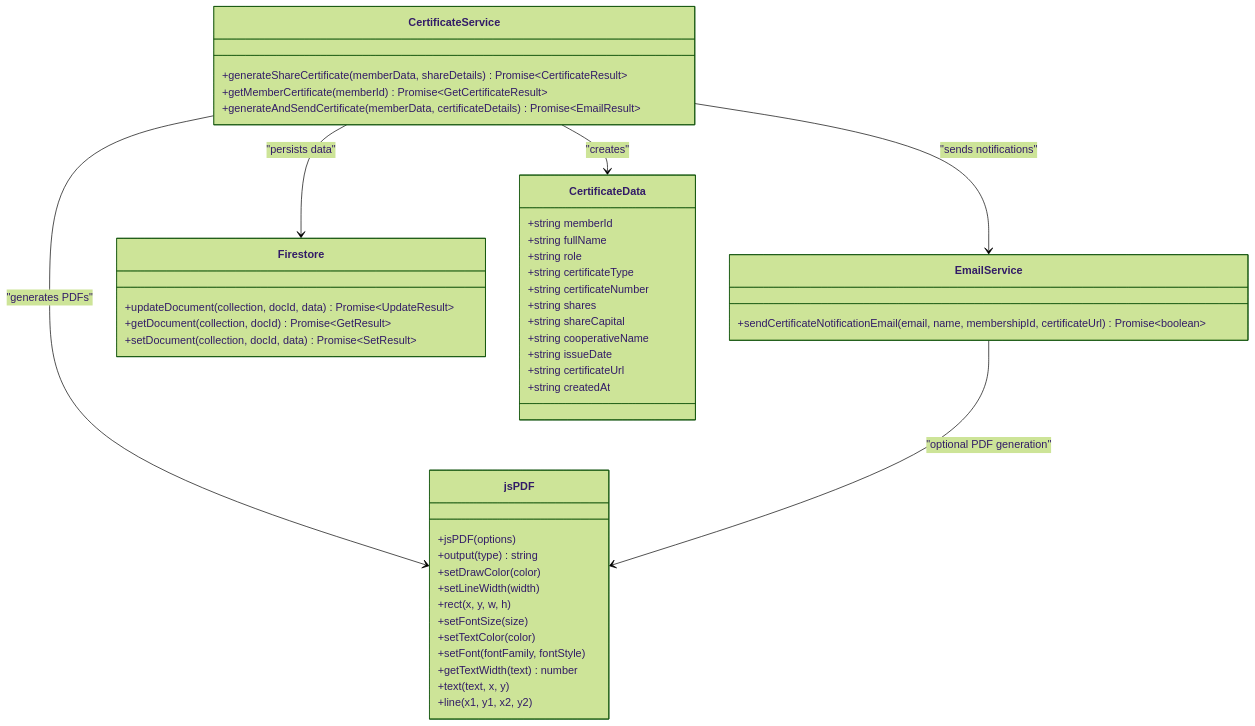
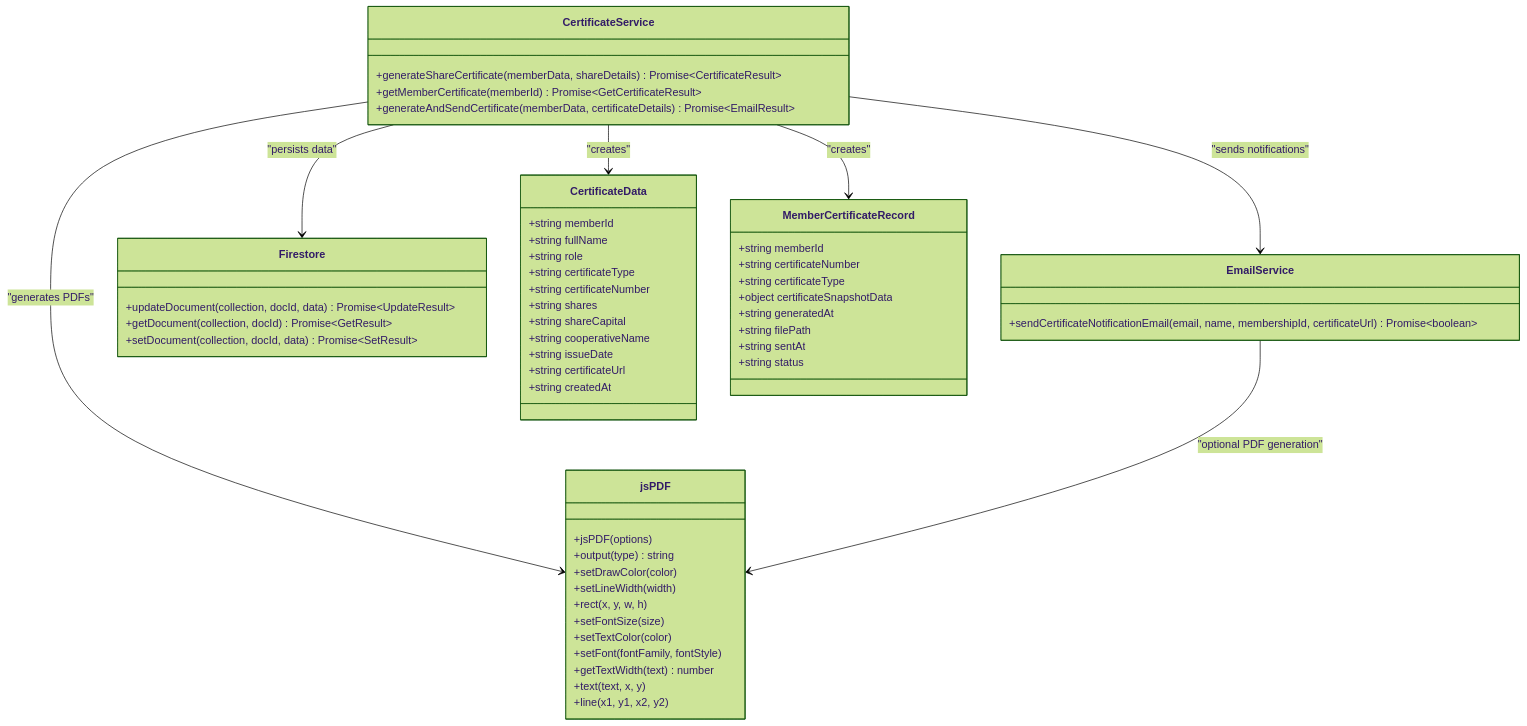
Before and after one commit to Unsure-bry/sampacoop_system: the fourth of 8 diagrams in .qoder/repowiki/en/content/API Endpoints Reference/Certificate Generation API.md, drawn with Mermaid (forest theme). The commit also changed other lines of this file and 24 other files, not shown here.

````diff
--- a/.qoder/repowiki/en/content/API Endpoints Reference/Certificate Generation API.md
+++ b/.qoder/repowiki/en/content/API Endpoints Reference/Certificate Generation API.md
@@ -202,47 +243,58 @@
 ```mermaid
 classDiagram
 class CertificateService {
 +generateShareCertificate(memberData, shareDetails) Promise~CertificateResult~
 +getMemberCertificate(memberId) Promise~GetCertificateResult~
 +generateAndSendCertificate(memberData, certificateDetails) Promise~EmailResult~
 }
 class EmailService {
 +sendCertificateNotificationEmail(email, name, membershipId, certificateUrl) Promise~boolean~
 }
 class jsPDF {
 +jsPDF(options)
 +output(type) string
 +setDrawColor(color)
 +setLineWidth(width)
 +rect(x, y, w, h)
 +setFontSize(size)
 +setTextColor(color)
 +setFont(fontFamily, fontStyle)
 +getTextWidth(text) number
 +text(text, x, y)
 +line(x1, y1, x2, y2)
 }
 class Firestore {
 +updateDocument(collection, docId, data) Promise~UpdateResult~
 +getDocument(collection, docId) Promise~GetResult~
 +setDocument(collection, docId, data) Promise~SetResult~
 }
 class CertificateData {
 +string memberId
 +string fullName
 +string role
 +string certificateType
 +string certificateNumber
 +string shares
 +string shareCapital
 +string cooperativeName
 +string issueDate
 +string certificateUrl
 +string createdAt
 }
+class MemberCertificateRecord {
++string memberId
++string certificateNumber
++string certificateType
++object certificateSnapshotData
++string generatedAt
++string filePath
++string sentAt
++string status
+}
 CertificateService --> jsPDF : "generates PDFs"
 CertificateService --> Firestore : "persists data"
 CertificateService --> EmailService : "sends notifications"
 CertificateService --> CertificateData : "creates"
+CertificateService --> MemberCertificateRecord : "creates"
 EmailService --> jsPDF : "optional PDF generation"
 ```
````
